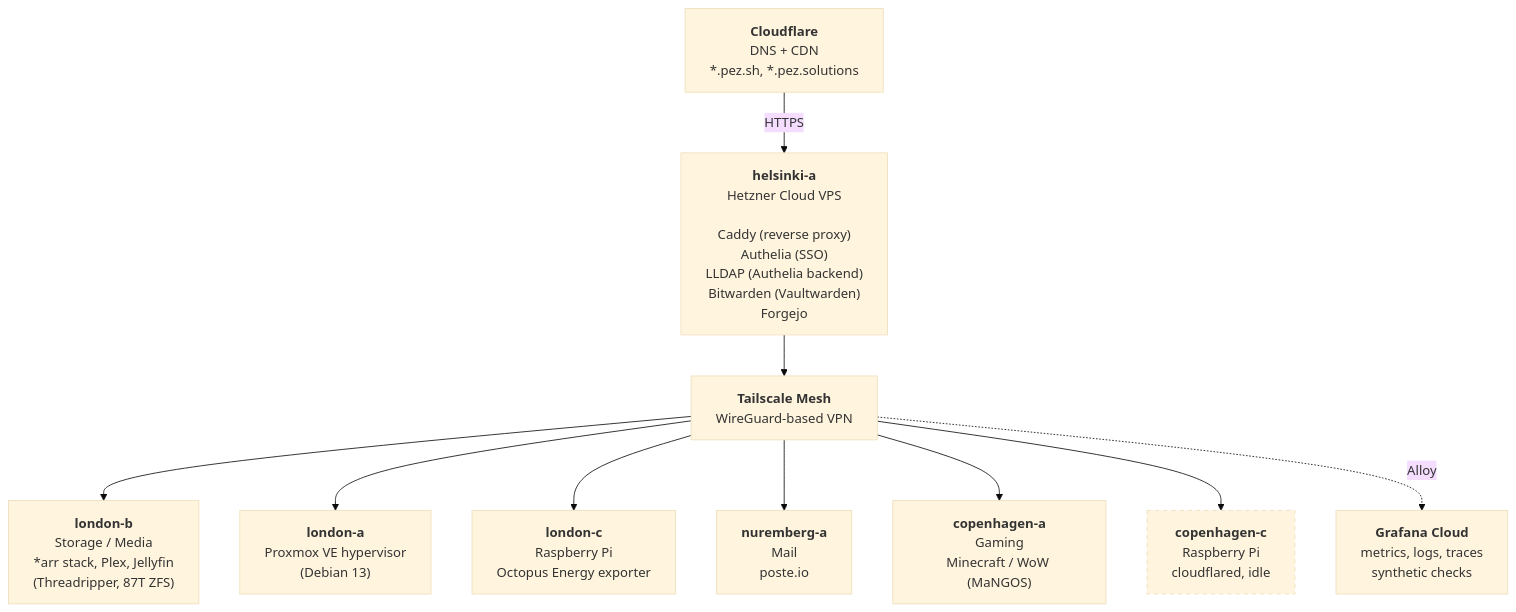
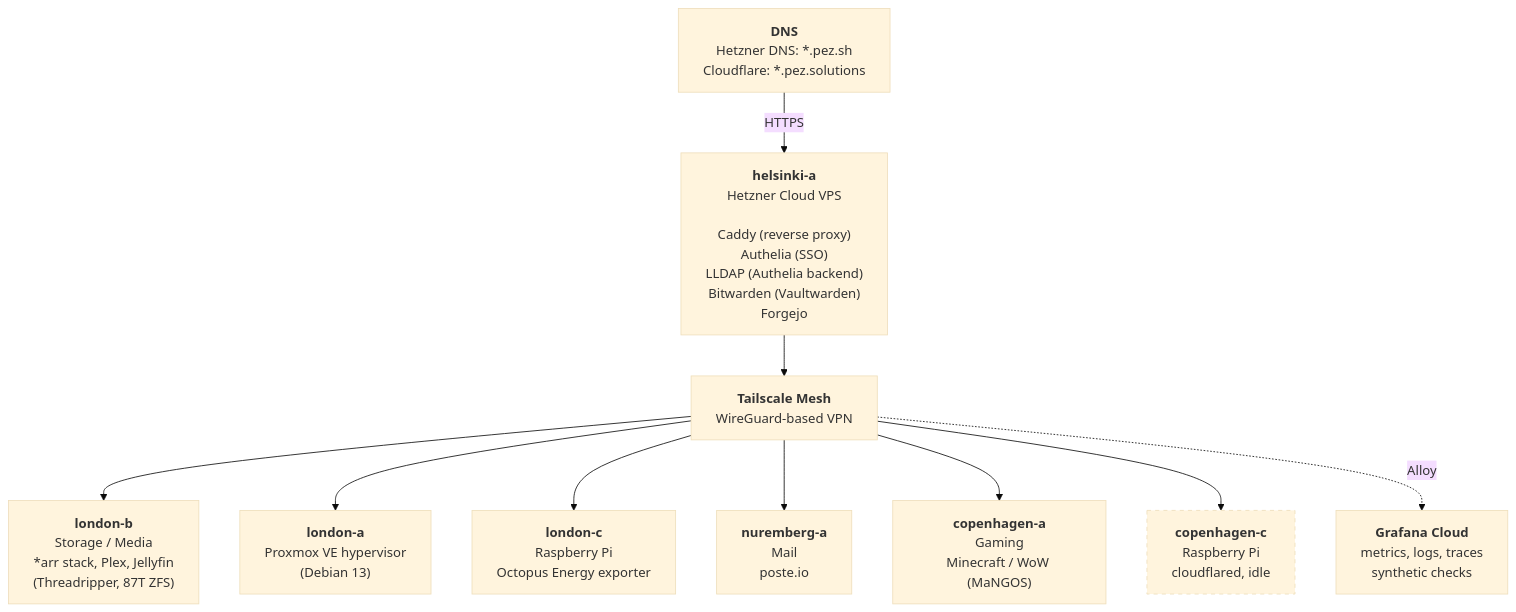
The first of 3 diagrams in docs/architecture.md (RWejlgaard/pez-infra), drawn with Mermaid (base theme) before and after one commit. The commit also changed other lines of this file and 7 other files, not shown here.

First line of the commit message:
docs: catch up with the Cloudflare to Hetzner DNS move, fix secrets/terraform drift (#130)

````diff
--- a/docs/architecture.md
+++ b/docs/architecture.md
@@ -11,20 +11,20 @@
 ```mermaid
 graph TD
-    CF["<b>Cloudflare</b><br/>DNS + CDN<br/>*.pez.sh, *.pez.solutions"]
-    CF -->|HTTPS| HEL
+    DNS["<b>DNS</b><br/>Hetzner DNS: *.pez.sh<br/>Cloudflare: *.pez.solutions"]
+    DNS -->|HTTPS| HEL
 
     HEL["<b>helsinki-a</b><br/>Hetzner Cloud VPS<br/><br/>Caddy (reverse proxy)<br/>Authelia (SSO)<br/>LLDAP (Authelia backend)<br/>Bitwarden (Vaultwarden)<br/>Forgejo"]
 
     HEL --> TS["<b>Tailscale Mesh</b><br/>WireGuard-based VPN"]
 
     TS --> LB["<b>london-b</b><br/>Storage / Media<br/>*arr stack, Plex, Jellyfin<br/>(Threadripper, 87T ZFS)"]
     TS --> LA["<b>london-a</b><br/>Proxmox VE hypervisor<br/>(Debian 13)"]
     TS --> LC["<b>london-c</b><br/>Raspberry Pi<br/>Octopus Energy exporter"]
     TS --> NA["<b>nuremberg-a</b><br/>Mail<br/>poste.io"]
     TS --> CA["<b>copenhagen-a</b><br/>Gaming<br/>Minecraft / WoW (MaNGOS)"]
     TS --> CC["<b>copenhagen-c</b><br/>Raspberry Pi<br/>cloudflared, idle"]
 
     TS -.->|Alloy| GC["<b>Grafana Cloud</b><br/>metrics, logs, traces<br/>synthetic checks"]
 
     style CC stroke-dasharray: 5 5
 ```
````
